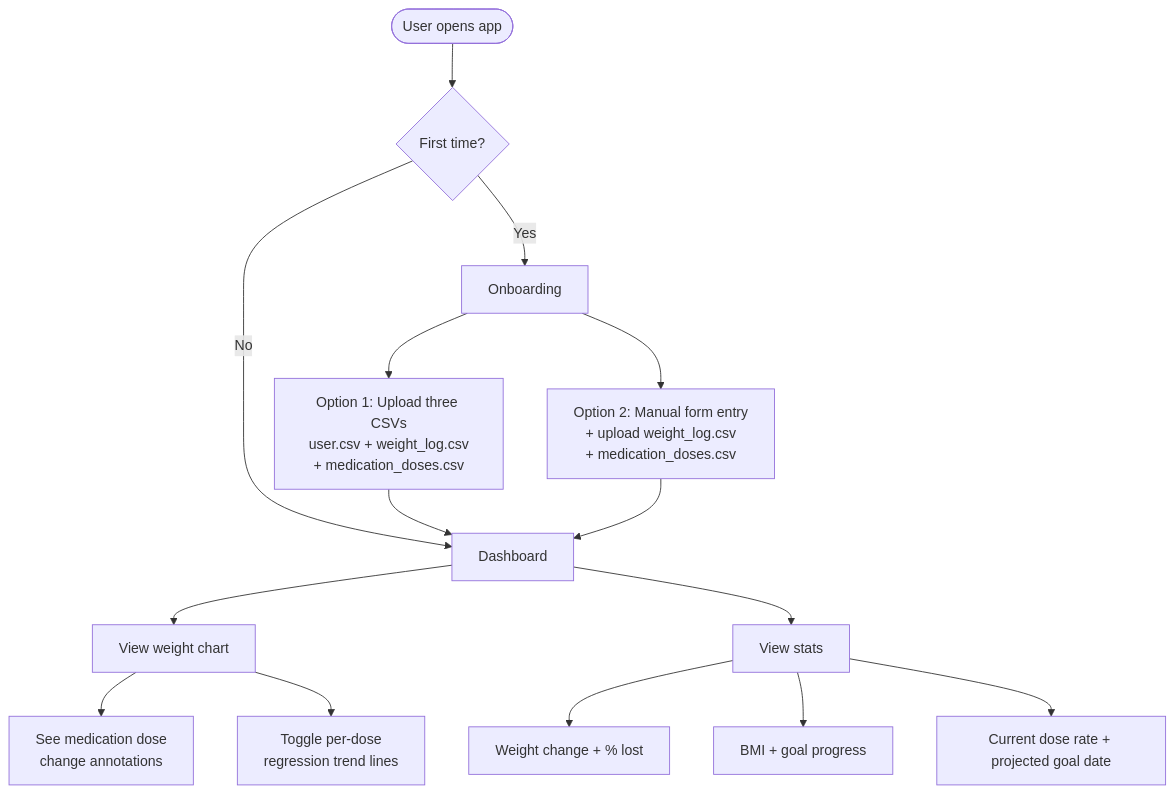
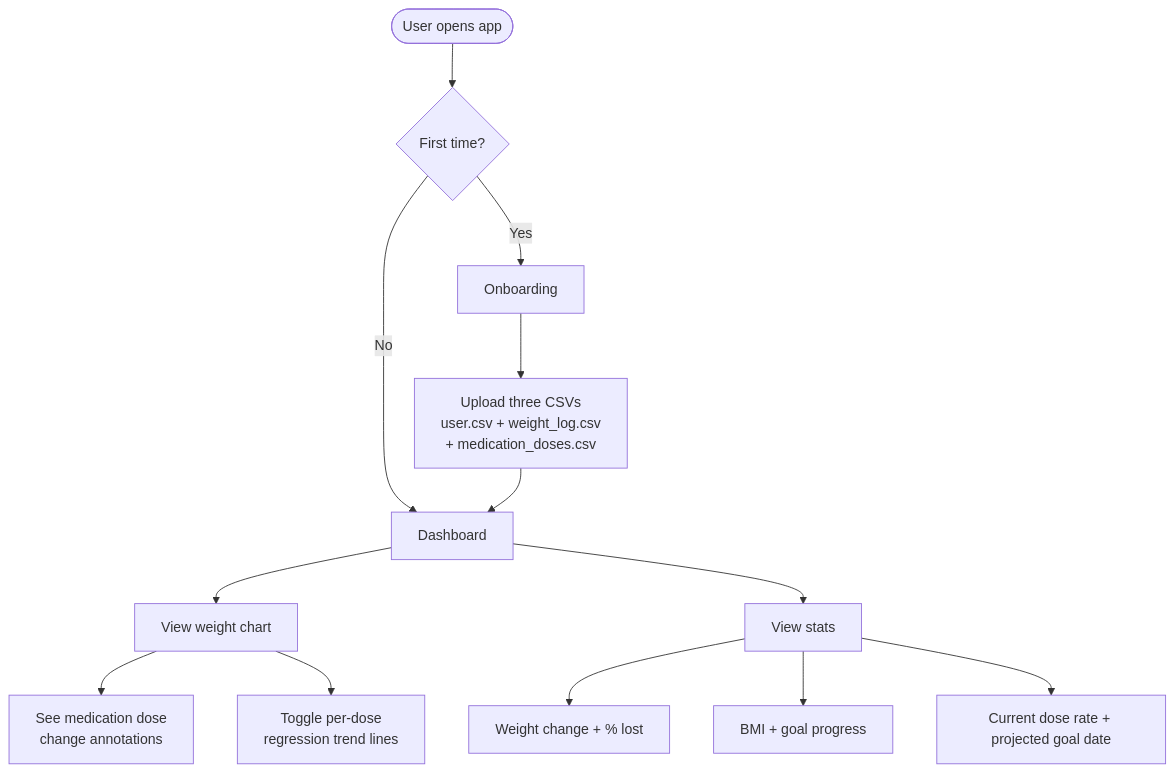
Before and after one commit to LFairbairn/weight-tracker: the second of 2 diagrams in README.md, drawn with Mermaid. The commit also changed other lines of this file and 2 other files, not shown here.

````diff
--- a/README.md
+++ b/README.md
@@ -59,21 +120,19 @@
 ```mermaid
 flowchart TD
     A([User opens app]) --> H{First time?}
 
     H -->|No| B[Dashboard]
     H -->|Yes| G[Onboarding]
 
-    G --> G1[Option 1: Upload three CSVs\nuser.csv + weight_log.csv\n+ medication_doses.csv]
-    G --> G2[Option 2: Manual form entry\n+ upload weight_log.csv\n+ medication_doses.csv]
+    G --> G1[Upload three CSVs\nuser.csv + weight_log.csv\n+ medication_doses.csv]
     G1 --> B
-    G2 --> B
 
     B --> C[View weight chart]
     C --> C2[See medication dose\nchange annotations]
     C --> C3[Toggle per-dose\nregression trend lines]
 
     B --> F[View stats]
     F --> F1[Weight change + % lost]
     F --> F2[BMI + goal progress]
     F --> F3[Current dose rate + projected goal date]
 ```
````
